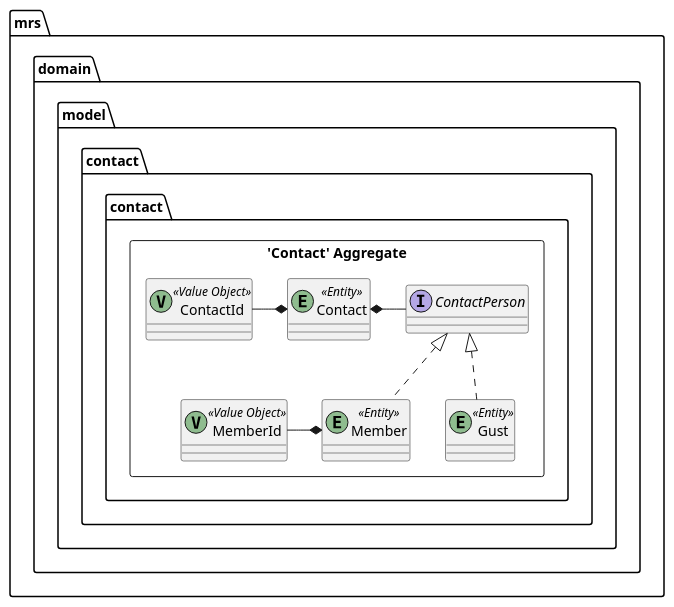
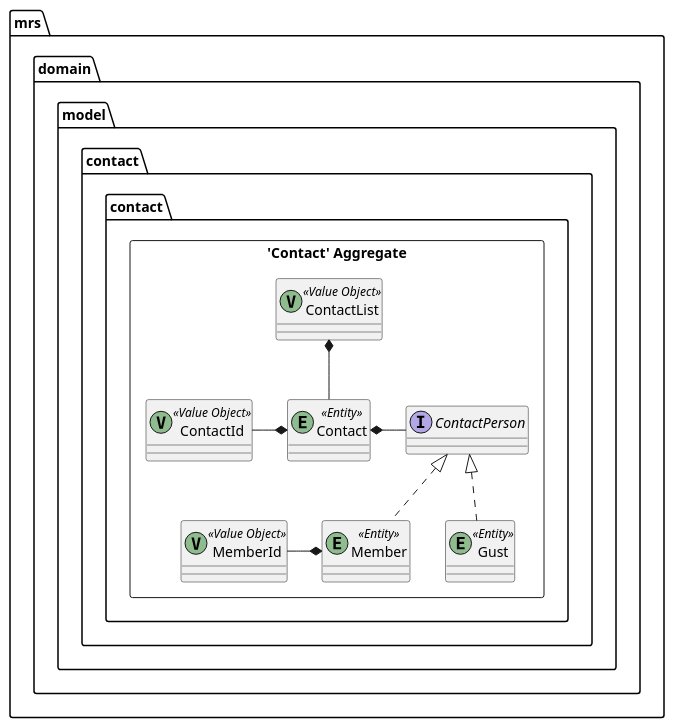
One commit to k2works/case-study-mrs changed diagram 28 of 30 in docs/index.adoc. Above: the diagram before and after it, drawn with PlantUML. The commit also changed other lines of this file and 12 other files, not shown here.

```diff
--- a/docs/index.adoc
+++ b/docs/index.adoc
@@ -869,26 +871,29 @@
 [plantuml]
 ----
 skinparam componentStyle uml2
 
 package mrs.domain.model.contact.contact {
 	package "'Contact' Aggregate" <<Rectangle>> {
 		class Contact <<(E,DarkSeaGreen) Entity>> {
 		}
         Interface ContactPerson {
         }
 		class Member <<(E,DarkSeaGreen) Entity>> {
 		}
 		class Gust <<(E,DarkSeaGreen) Entity>> {
 		}
         class ContactId <<(V,DarkSeaGreen) Value Object>> {
         }
         class MemberId <<(V,DarkSeaGreen) Value Object>> {
         }
+        class ContactList <<(V,DarkSeaGreen) Value Object>> {
+        }
 	}
     Contact *- ContactPerson
     ContactId -* Contact
     ContactPerson <|.. Member
     MemberId -* Member
     ContactPerson <|.. Gust
+    ContactList *-- Contact
 }
 ----
```
